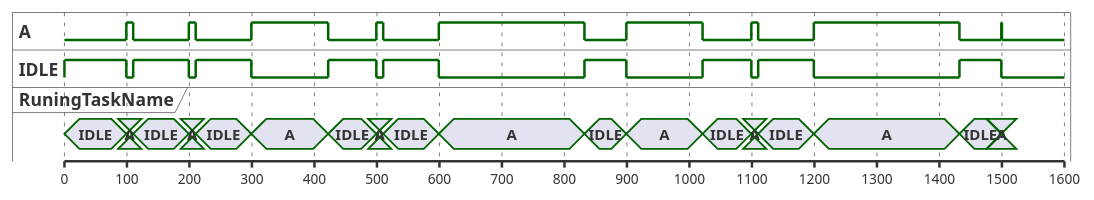
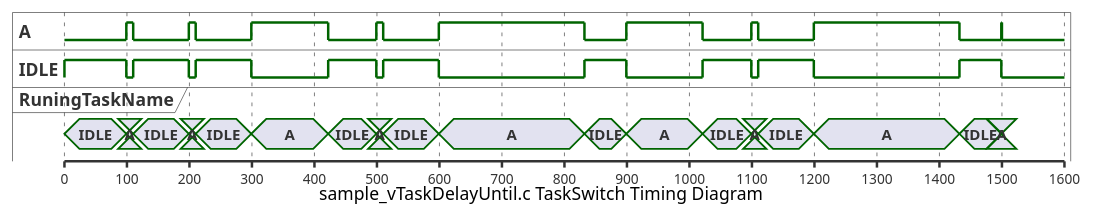
The diagram in training/02_Task_Control/2_vTaskDelayUntil/MyTrace.puml (steelpipe75/freertos_training), drawn with PlantUML before and after one commit. The commit also changed 2 other files, not shown here.

Commit message:
Add caption

```diff
--- a/training/02_Task_Control/2_vTaskDelayUntil/MyTrace.puml
+++ b/training/02_Task_Control/2_vTaskDelayUntil/MyTrace.puml
@@ -1,103 +1,107 @@
 @startuml
 binary "A" as A
 binary "IDLE" as IDLE
 concise "RuningTaskName" as RuningTaskName
+
+caption
+sample_vTaskDelayUntil.c TaskSwitch Timing Diagram
+end caption
 
 scale 100 as 50 pixels
 
 @0
 A is low
 IDLE is high
 RuningTaskName is IDLE
 
 @99
 IDLE is low
 A is high
 RuningTaskName is A
 
 @110
 A is low
 IDLE is high
 RuningTaskName is IDLE
 
 @199
 IDLE is low
 A is high
 RuningTaskName is A
 
 @210
 A is low
 IDLE is high
 RuningTaskName is IDLE
 
 @299
 IDLE is low
 A is high
 RuningTaskName is A
 
 @422
 A is low
 IDLE is high
 RuningTaskName is IDLE
 
 @499
 IDLE is low
 A is high
 RuningTaskName is A
 
 @510
 A is low
 IDLE is high
 RuningTaskName is IDLE
 
 @599
 IDLE is low
 A is high
 RuningTaskName is A
 
 @832
 A is low
 IDLE is high
 RuningTaskName is IDLE
 
 @899
 IDLE is low
 A is high
 RuningTaskName is A
 
 @1021
 A is low
 IDLE is high
 RuningTaskName is IDLE
 
 @1099
 IDLE is low
 A is high
 RuningTaskName is A
 
 @1110
 A is low
 IDLE is high
 RuningTaskName is IDLE
 
 @1199
 IDLE is low
 A is high
 RuningTaskName is A
 
 @1432
 A is low
 IDLE is high
 RuningTaskName is IDLE
 
 @1499
 IDLE is low
 A is high
 RuningTaskName is A
 
 @1500
 IDLE is {hidden}
 A is {hidden}
 RuningTaskName is {hidden}
 
 @enduml
```
